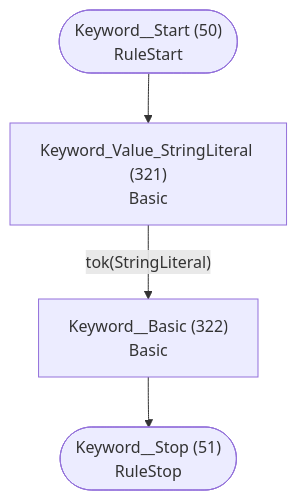
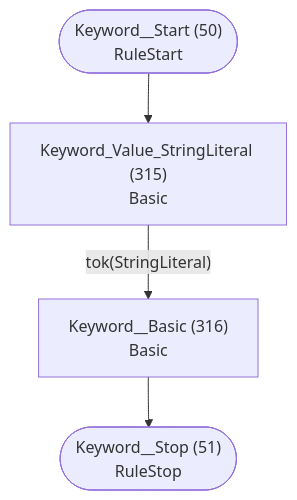
Diagram 26 of 40 in internal/grammar/atn.md (TypeFox/fastbelt), drawn with Mermaid before and after one commit. The commit also changed other lines of this file and 12 other files, not shown here.

````diff
--- a/internal/grammar/atn.md
+++ b/internal/grammar/atn.md
@@ -792,11 +778,11 @@
 ```mermaid
 flowchart TD
     q50(["Keyword__Start (50)<br/>RuleStart"])
     q51(["Keyword__Stop (51)<br/>RuleStop"])
-    q321["Keyword_Value_StringLiteral (321)<br/>Basic<br/>"]
-    q322["Keyword__Basic (322)<br/>Basic<br/>"]
+    q315["Keyword_Value_StringLiteral (315)<br/>Basic<br/>"]
+    q316["Keyword__Basic (316)<br/>Basic<br/>"]
 
-    q50 --> q321
-    q321 -->|"tok(StringLiteral)"| q322
-    q322 --> q51
+    q50 --> q315
+    q315 -->|"tok(StringLiteral)"| q316
+    q316 --> q51
 ```
````
